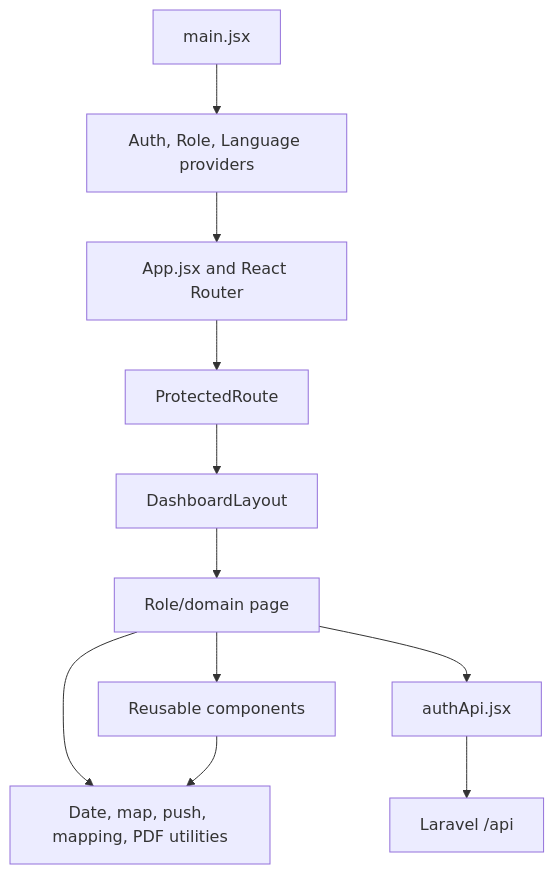
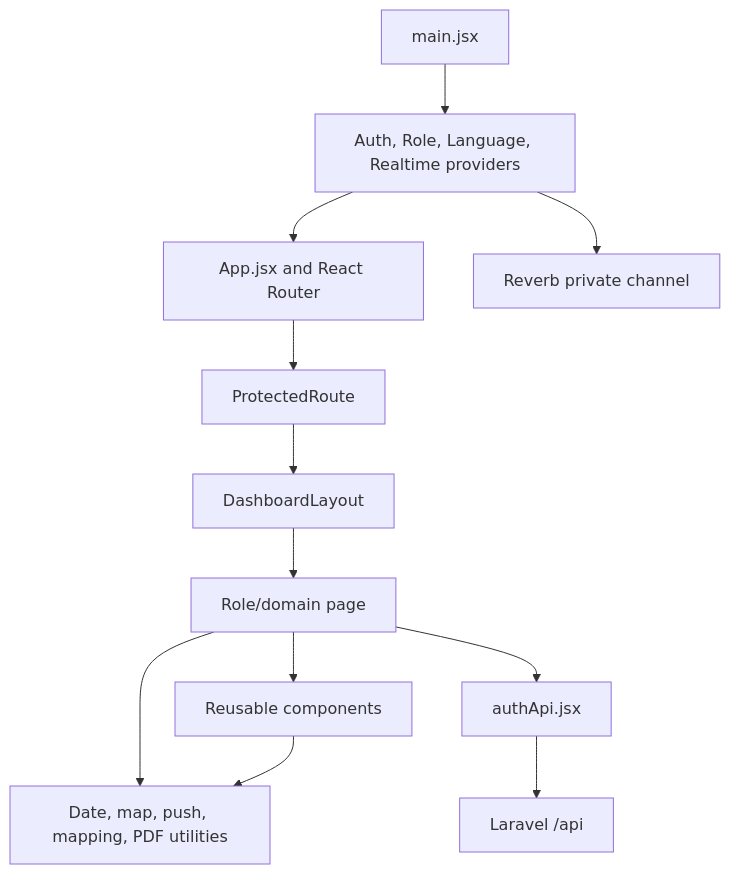
The second of 11 diagrams in SYSTEM_ARCHITECTURE.md (Chief-Ministry-Southern-Province/vehicle-management-system), drawn with Mermaid before and after one commit. The commit also changed other lines of this file and 25 other files, not shown here.

````diff
--- a/SYSTEM_ARCHITECTURE.md
+++ b/SYSTEM_ARCHITECTURE.md
@@ -210,19 +213,21 @@
 ```mermaid
 flowchart TD
     MAIN[main.jsx]
-    CTX[Auth, Role, Language providers]
+    CTX[Auth, Role, Language, Realtime providers]
     ROUTER[App.jsx and React Router]
     GUARD[ProtectedRoute]
     LAYOUT[DashboardLayout]
     PAGE[Role/domain page]
     COMPONENT[Reusable components]
     API[authApi.jsx]
     UTIL[Date, map, push, mapping, PDF utilities]
     REST[Laravel /api]
+    WS[Reverb private channel]
 
     MAIN --> CTX --> ROUTER --> GUARD --> LAYOUT --> PAGE
     PAGE --> COMPONENT
     PAGE --> API --> REST
+    CTX --> WS
     PAGE --> UTIL
     COMPONENT --> UTIL
 ```
````
